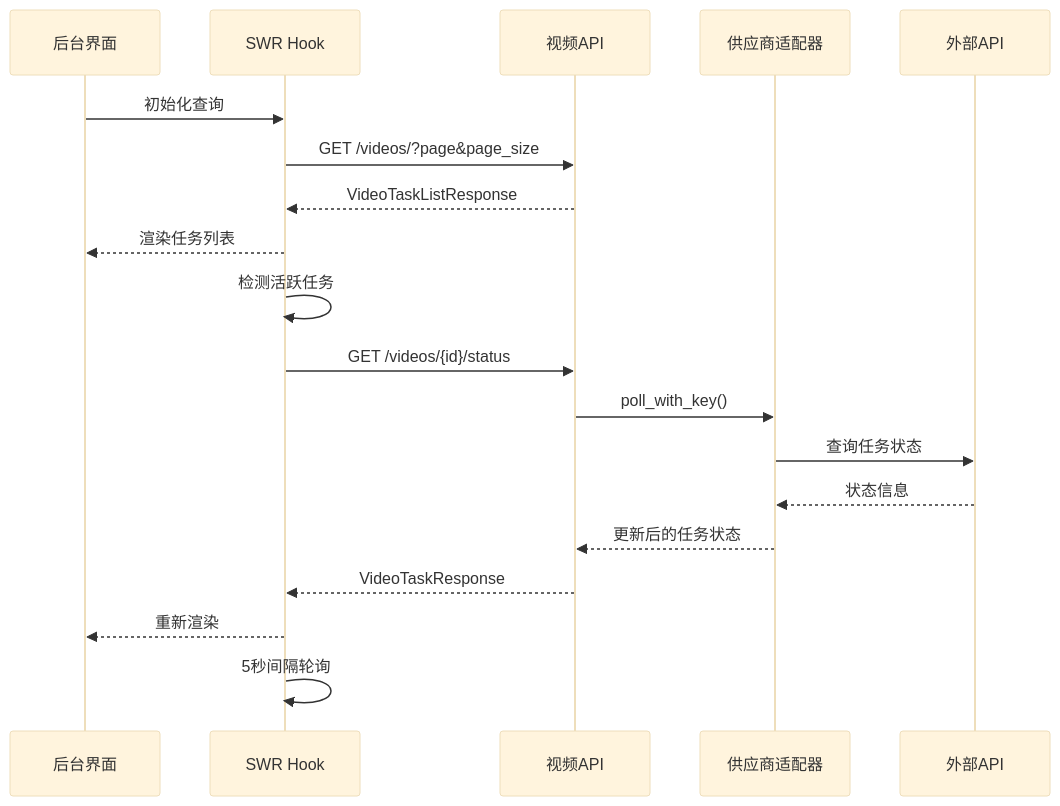
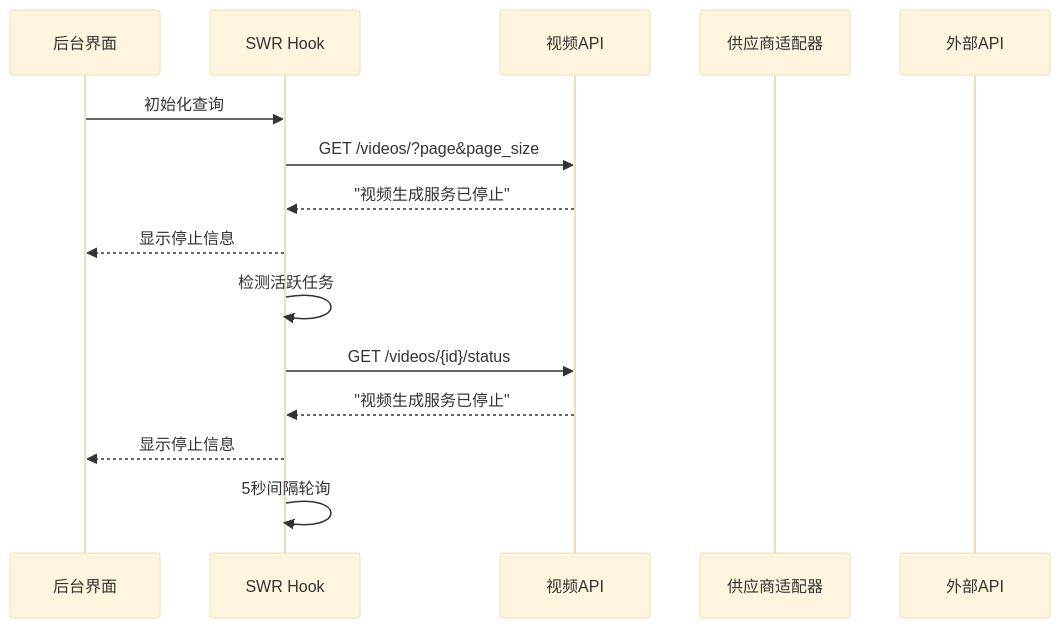
One commit to KunLabAI/KunFlix changed the ninth of 12 diagrams in .qoder/repowiki/zh/content/API接口文档/视频生成API文档.md. Above: the diagram before and after it, drawn with Mermaid (base theme). The commit also changed other lines of this file and 43 other files, not shown here.

````diff
--- a/.qoder/repowiki/zh/content/API接口文档/视频生成API文档.md
+++ b/.qoder/repowiki/zh/content/API接口文档/视频生成API文档.md
@@ -645,21 +653,17 @@
 ```mermaid
 sequenceDiagram
 participant AdminUI as 后台界面
 participant SWR as SWR Hook
 participant API as 视频API
 participant Adapter as 供应商适配器
 participant External as 外部API
 AdminUI->>SWR : 初始化查询
 SWR->>API : GET /videos/?page&page_size
-API-->>SWR : VideoTaskListResponse
-SWR-->>AdminUI : 渲染任务列表
+API-->>SWR : "视频生成服务已停止"
+SWR-->>AdminUI : 显示停止信息
 SWR->>SWR : 检测活跃任务
 SWR->>API : GET /videos/{id}/status
-API->>Adapter : poll_with_key()
-Adapter->>External : 查询任务状态
-External-->>Adapter : 状态信息
-Adapter-->>API : 更新后的任务状态
-API-->>SWR : VideoTaskResponse
-SWR-->>AdminUI : 重新渲染
+API-->>SWR : "视频生成服务已停止"
+SWR-->>AdminUI : 显示停止信息
 SWR->>SWR : 5秒间隔轮询
 ```
````
